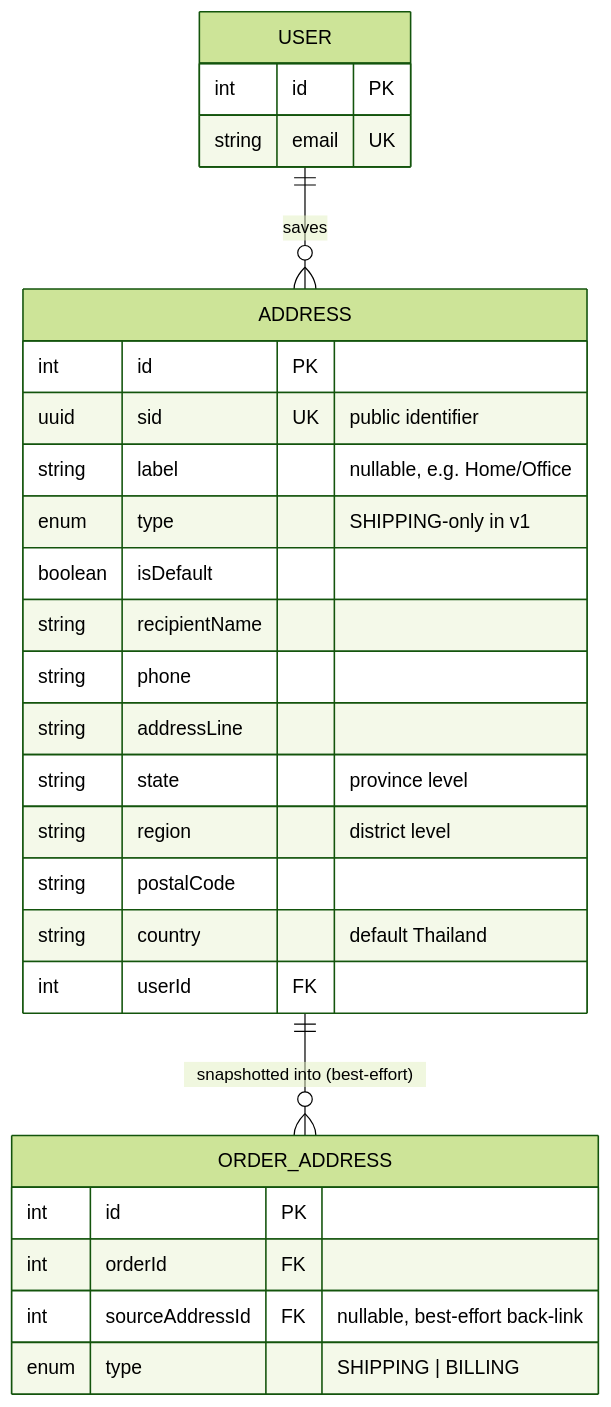
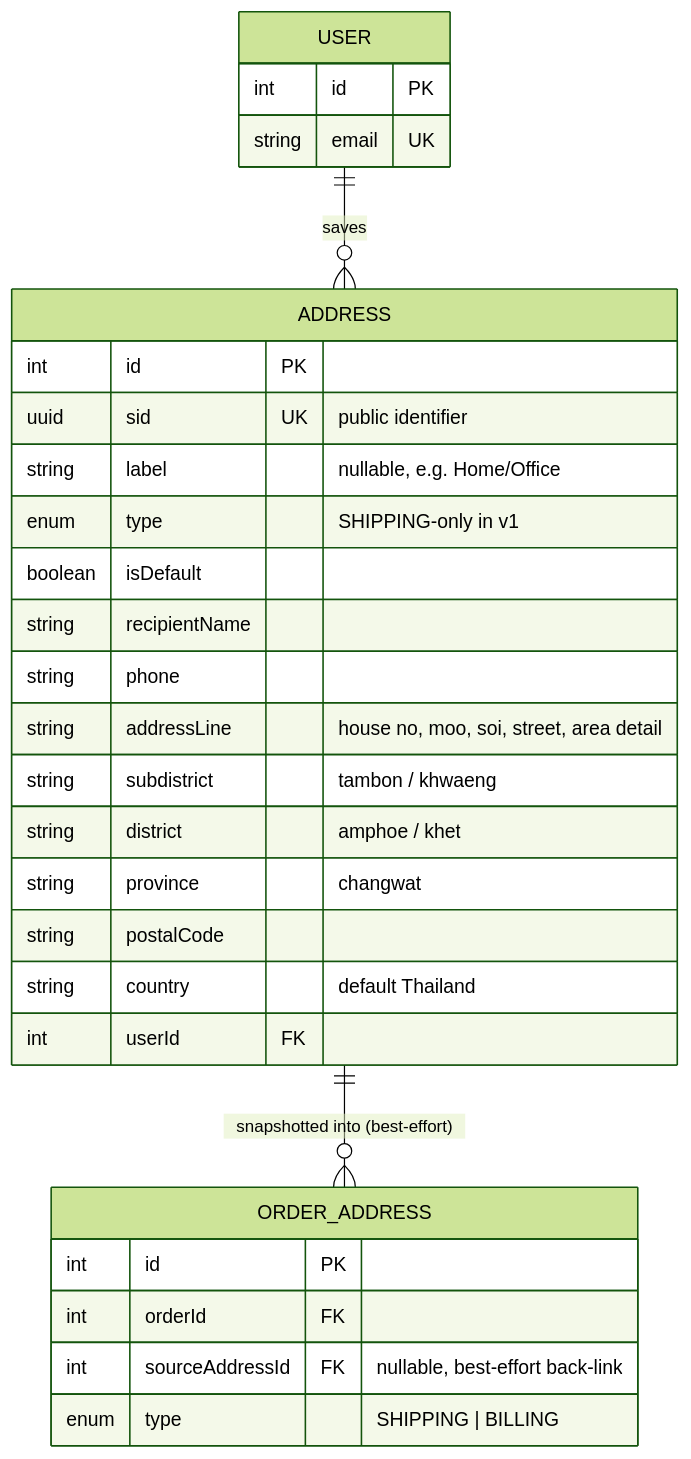
One commit to QuaziSamiha/thai-health-product-server changed the diagram in docs/address.md. Above: the diagram before and after it, drawn with Mermaid (forest theme). The commit also changed other lines of this file and 45 other files, not shown here.

````diff
--- a/docs/address.md
+++ b/docs/address.md
@@ -16,33 +16,34 @@
 ```mermaid
 erDiagram
     USER ||--o{ ADDRESS : "saves"
     ADDRESS ||--o{ ORDER_ADDRESS : "snapshotted into (best-effort)"
 
     ADDRESS {
         int id PK
         uuid sid UK "public identifier"
         string label "nullable, e.g. Home/Office"
         enum type "SHIPPING-only in v1"
         boolean isDefault
         string recipientName
         string phone
-        string addressLine
-        string state "province level"
-        string region "district level"
+        string addressLine "house no, moo, soi, street, area detail"
+        string subdistrict "tambon / khwaeng"
+        string district "amphoe / khet"
+        string province "changwat"
         string postalCode
         string country "default Thailand"
         int userId FK
     }
 
     ORDER_ADDRESS {
         int id PK
         int orderId FK
         int sourceAddressId FK "nullable, best-effort back-link"
         enum type "SHIPPING | BILLING"
     }
 
     USER {
         int id PK
         string email UK
     }
 ```
````
